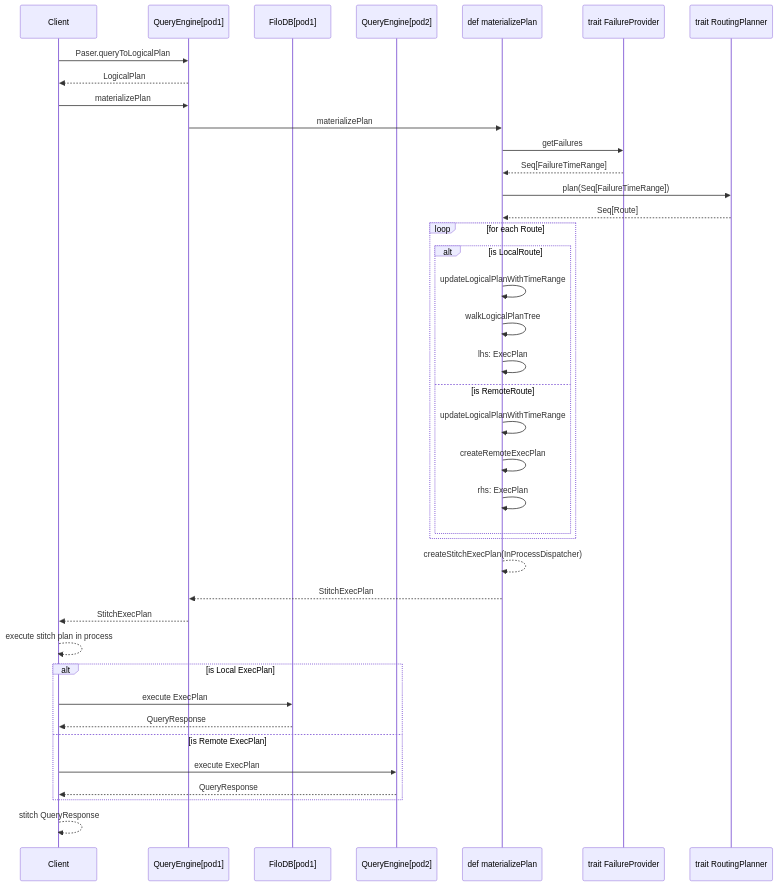
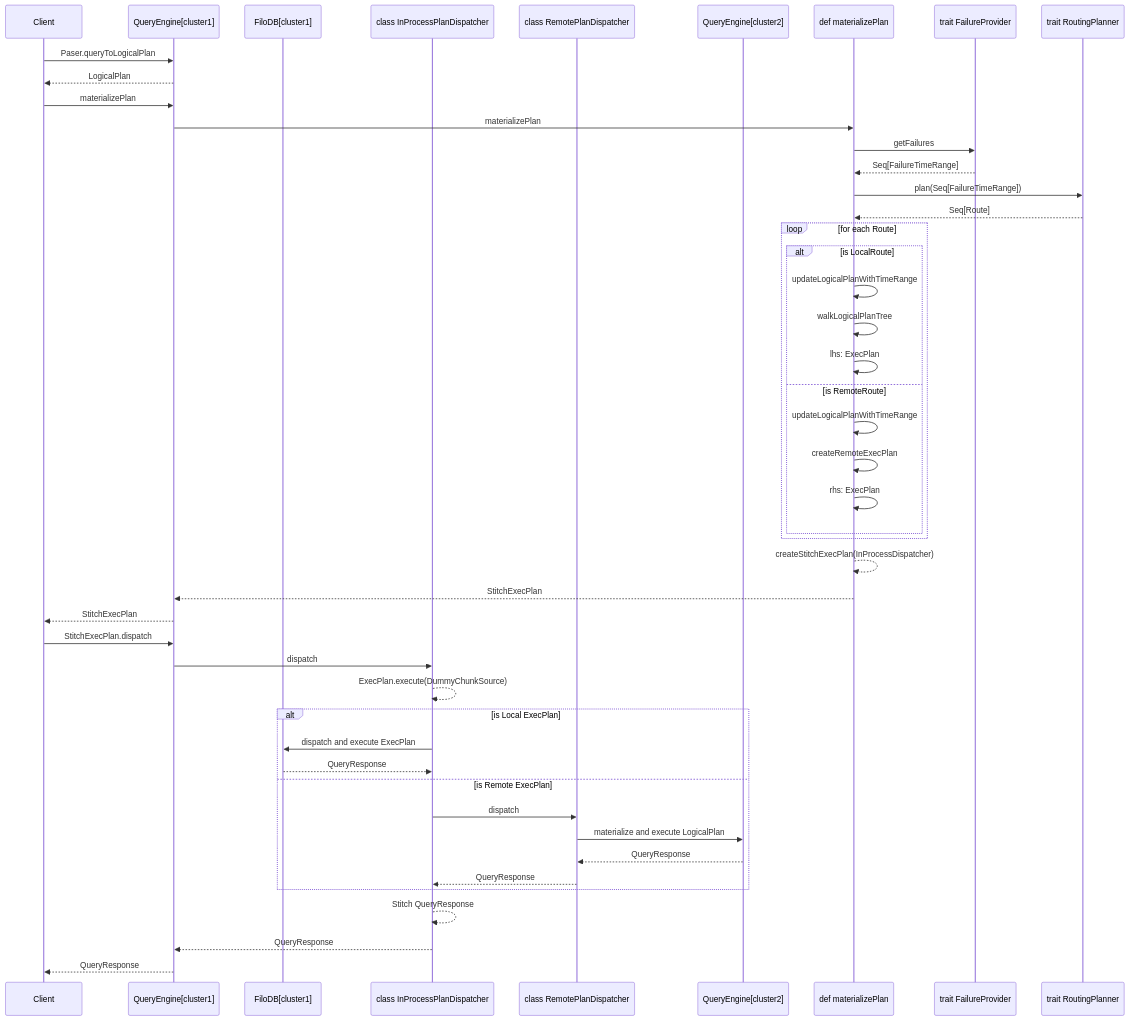
Before and after one commit to filodb/FiloDB: the diagram in doc/mermaid/failure_based_routing.mermaid, drawn with Mermaid. The commit also changed other lines of this file and 2 other files, not shown here.

```diff
--- a/doc/mermaid/failure_based_routing.mermaid
+++ b/doc/mermaid/failure_based_routing.mermaid
@@ -1,39 +1,47 @@
 sequenceDiagram
     participant C as Client
-    participant QE as QueryEngine[pod1]
-    participant FD1 as FiloDB[pod1]
-    participant QE2 as QueryEngine[pod2]
+    participant QE as QueryEngine[cluster1]
+    participant FD1 as FiloDB[cluster1]
+    participant IPD as class InProcessPlanDispatcher
+    participant RPD as class RemotePlanDispatcher
+    participant QE2 as QueryEngine[cluster2]
     participant MP as def materializePlan
     participant FP as trait FailureProvider
     participant RP as trait RoutingPlanner
     C->>QE: Paser.queryToLogicalPlan
     QE-->>C: LogicalPlan
     C->>QE: materializePlan
     QE->>MP: materializePlan
     MP->>FP: getFailures
     FP-->>MP: Seq[FailureTimeRange]
     MP->>RP: plan(Seq[FailureTimeRange])
     RP-->>MP: Seq[Route]
     loop for each Route
         alt is LocalRoute
             MP ->> MP: updateLogicalPlanWithTimeRange
             MP ->> MP: walkLogicalPlanTree
             MP ->> MP: lhs: ExecPlan
         else is RemoteRoute
             MP ->> MP: updateLogicalPlanWithTimeRange
             MP ->> MP: createRemoteExecPlan
             MP ->> MP: rhs: ExecPlan
        end
     end
     MP -->> MP: createStitchExecPlan(InProcessDispatcher)
     MP -->> QE: StitchExecPlan
     QE -->> C: StitchExecPlan
-    C -->> C: execute stitch plan in process
+    C ->> QE: StitchExecPlan.dispatch
+    QE ->> IPD: dispatch
+    IPD -->> IPD: ExecPlan.execute(DummyChunkSource)
     alt is Local ExecPlan
-       C ->> FD1: execute ExecPlan
-       FD1 -->> C: QueryResponse
+       IPD ->> FD1: dispatch and execute ExecPlan
+       FD1 -->> IPD: QueryResponse
     else is Remote ExecPlan
-       C ->> QE2: execute ExecPlan
-       QE2 -->> C: QueryResponse
+       IPD ->> RPD: dispatch
+       RPD ->> QE2: materialize and execute LogicalPlan
+       QE2 -->> RPD: QueryResponse
+       RPD -->> IPD: QueryResponse
     end
-    C -->> C:  stitch QueryResponse
+    IPD -->> IPD:  Stitch QueryResponse
+    IPD -->> QE: QueryResponse
+    QE -->> C: QueryResponse
```
